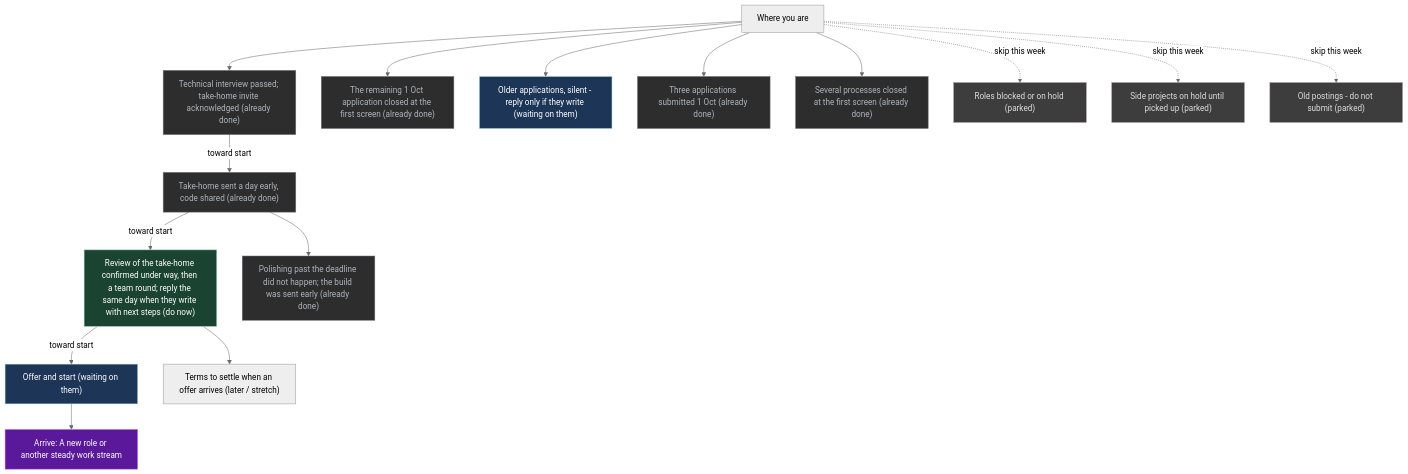
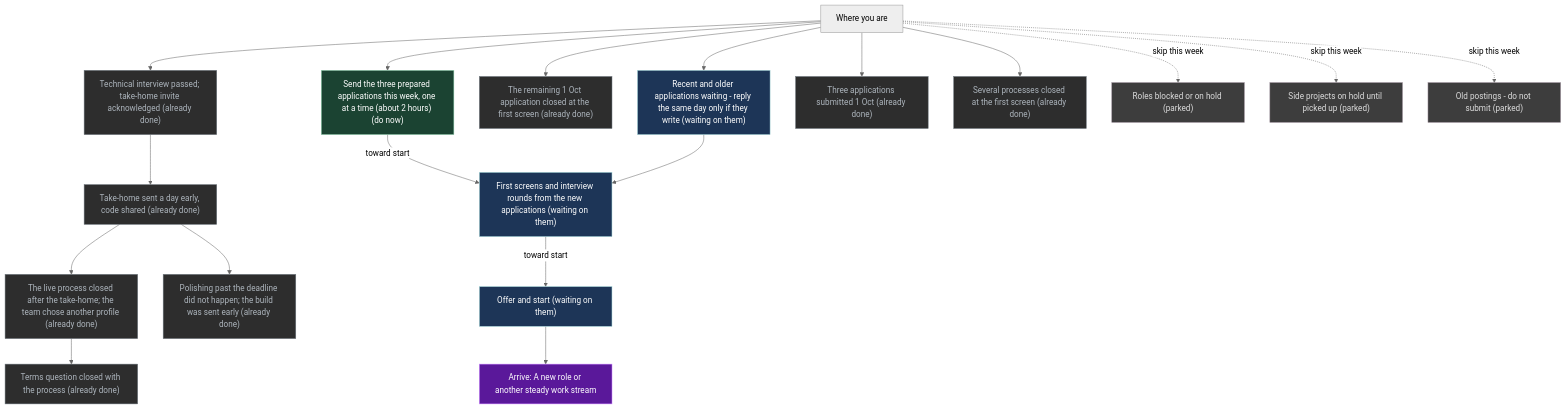
The diagram in UI/Mission.md (p10ns11y/life-os), drawn with Mermaid (neutral theme) before and after one commit. The commit also changed other lines of this file, not shown here.

````diff
--- a/UI/Mission.md
+++ b/UI/Mission.md
@@ -68,42 +69,47 @@
 ```mermaid
 flowchart TB
   x["Where you are"]
   G["Arrive: A new role or another steady work stream"]
   S0["Technical interview passed; take-home invite acknowledged (already done)"]
   S4["Take-home sent a day early, code shared (already done)"]
-  S4b["Review of the take-home confirmed under way, then a team round; reply the same day when they write with next steps (do now)"]
+  S4b["The live process closed after the take-home; the team chose another profile (already done)"]
+  S7["Send the three prepared applications this week, one at a time (about 2 hours) (do now)"]
+  S8["First screens and interview rounds from the new applications (waiting on them)"]
   S5["Offer and start (waiting on them)"]
   S6["The remaining 1 Oct application closed at the first screen (already done)"]
-  S1["Older applications, silent - reply only if they write (waiting on them)"]
-  R1["Terms to settle when an offer arrives (later / stretch)"]
+  S1["Recent and older applications waiting - reply the same day only if they write (waiting on them)"]
+  R1["Terms question closed with the process (already done)"]
   R2["Polishing past the deadline did not happen; the build was sent early (already done)"]
   S3["Three applications submitted 1 Oct (already done)"]
   D1["Several processes closed at the first screen (already done)"]
   P1["Roles blocked or on hold (parked)"]
   P2["Side projects on hold until picked up (parked)"]
   P3["Old postings - do not submit (parked)"]
   x --> S0
-  S0 -->|"toward start"| S4
-  S4 -->|"toward start"| S4b
-  S4b -->|"toward start"| S5
+  S0 --> S4
+  S4 --> S4b
+  x --> S7
+  S7 -->|"toward start"| S8
+  S1 --> S8
+  S8 -->|"toward start"| S5
   x --> S6
   x --> S1
   S4b --> R1
   S4 --> R2
   x --> S3
   x --> D1
   x -.->|"skip this week"| P1
   x -.->|"skip this week"| P2
   x -.->|"skip this week"| P3
   S5 --> G
   classDef do fill:#1b4332,stroke:#95d5b2,color:#fff
   classDef wait fill:#1d3557,stroke:#a8dadc,color:#fff
   classDef park fill:#3d3d3d,stroke:#9a8c98,color:#ddd
   classDef done fill:#2d2d2d,stroke:#6c757d,color:#adb5bd
   classDef goal fill:#5a189a,stroke:#c77dff,color:#fff
   class G goal
-  class S4b do
-  class S5,S1 wait
+  class S7 do
+  class S8,S5,S1 wait
   class P1,P2,P3 park
-  class S0,S4,S6,R2,S3,D1 done
+  class S0,S4,S4b,S6,R1,R2,S3,D1 done
 ```
````
